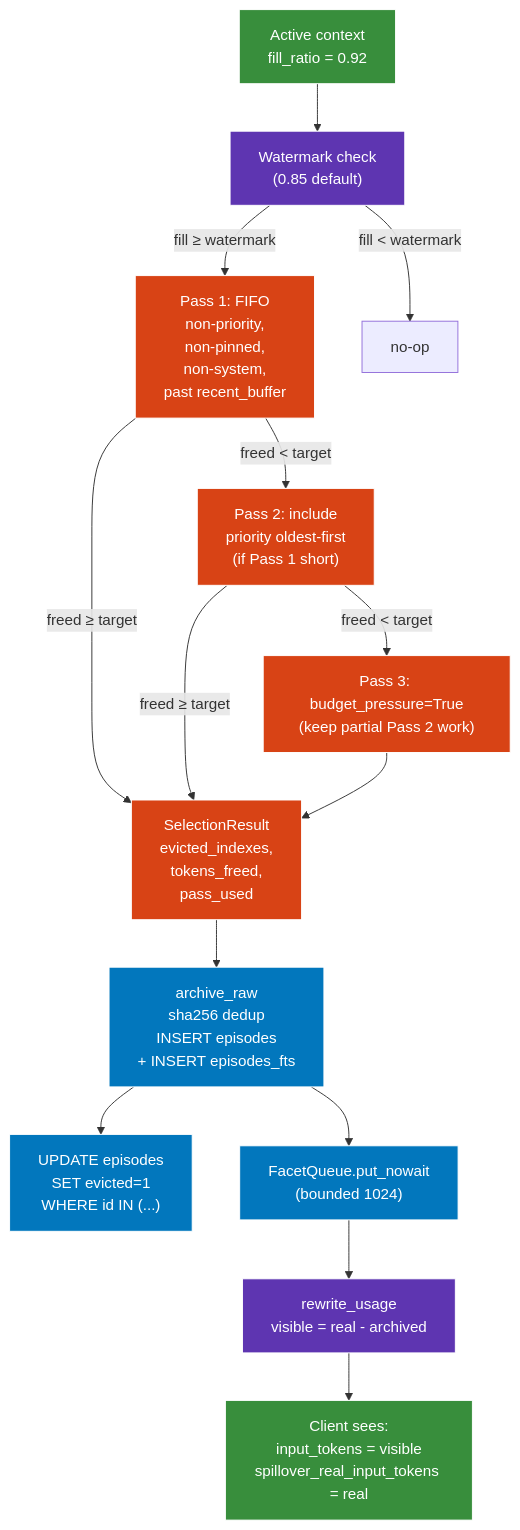
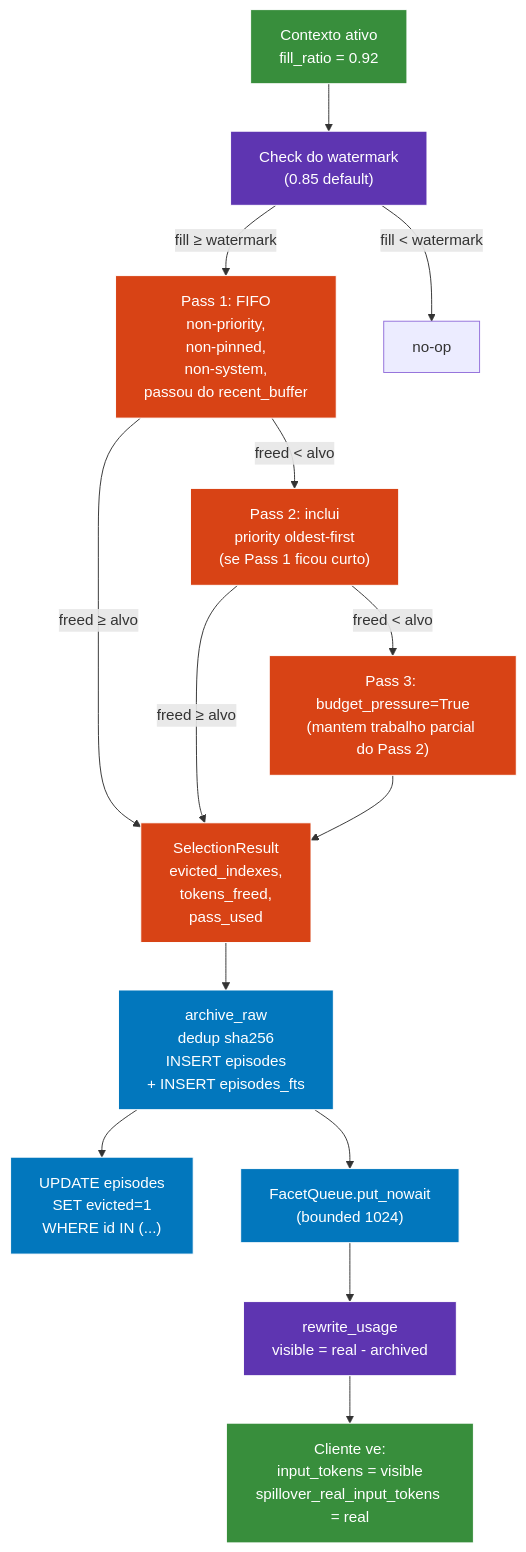
The diagram in docs/architecture/06-eviction-flow.md (Luizhcrs/spillover), drawn with Mermaid before and after one commit. The commit also changed other lines of this file and 12 other files, not shown here.

Commit message:
docs(architecture): traduzir 13 docs pra PT-BR

````diff
--- a/docs/architecture/06-eviction-flow.md
+++ b/docs/architecture/06-eviction-flow.md
@@ -5,33 +5,33 @@
 ```mermaid
 flowchart TB
     classDef active fill:#388e3c,stroke:#fff,color:#fff
     classDef ext fill:#5e35b1,stroke:#fff,color:#fff
     classDef tx fill:#d84315,stroke:#fff,color:#fff
     classDef store fill:#0277bd,stroke:#fff,color:#fff
 
-    A["Active context<br/>fill_ratio = 0.92"]:::active
-    W["Watermark check<br/>(0.85 default)"]:::ext
-    P1["Pass 1: FIFO<br/>non-priority,<br/>non-pinned,<br/>non-system,<br/>past recent_buffer"]:::tx
-    P2["Pass 2: include<br/>priority oldest-first<br/>(if Pass 1 short)"]:::tx
-    P3["Pass 3: budget_pressure=True<br/>(keep partial Pass 2 work)"]:::tx
+    A["Contexto ativo<br/>fill_ratio = 0.92"]:::active
+    W["Check do watermark<br/>(0.85 default)"]:::ext
+    P1["Pass 1: FIFO<br/>non-priority,<br/>non-pinned,<br/>non-system,<br/>passou do recent_buffer"]:::tx
+    P2["Pass 2: inclui<br/>priority oldest-first<br/>(se Pass 1 ficou curto)"]:::tx
+    P3["Pass 3: budget_pressure=True<br/>(mantem trabalho parcial do Pass 2)"]:::tx
     SR["SelectionResult<br/>evicted_indexes,<br/>tokens_freed,<br/>pass_used"]:::tx
-    AR["archive_raw<br/>sha256 dedup<br/>INSERT episodes<br/>+ INSERT episodes_fts"]:::store
+    AR["archive_raw<br/>dedup sha256<br/>INSERT episodes<br/>+ INSERT episodes_fts"]:::store
     UP["UPDATE episodes<br/>SET evicted=1<br/>WHERE id IN (...)"]:::store
     Q["FacetQueue.put_nowait<br/>(bounded 1024)"]:::store
     UR["rewrite_usage<br/>visible = real - archived"]:::ext
-    C["Client sees:<br/>input_tokens = visible<br/>spillover_real_input_tokens = real"]:::active
+    C["Cliente ve:<br/>input_tokens = visible<br/>spillover_real_input_tokens = real"]:::active
 
     A --> W
     W -->|fill ≥ watermark| P1
     W -->|fill &lt; watermark| Skip[no-op]
-    P1 -->|freed ≥ target| SR
-    P1 -->|freed &lt; target| P2
-    P2 -->|freed ≥ target| SR
-    P2 -->|freed &lt; target| P3
+    P1 -->|freed ≥ alvo| SR
+    P1 -->|freed &lt; alvo| P2
+    P2 -->|freed ≥ alvo| SR
+    P2 -->|freed &lt; alvo| P3
     P3 --> SR
     SR --> AR
     AR --> UP
     AR --> Q
     Q --> UR
     UR --> C
 ```
````
